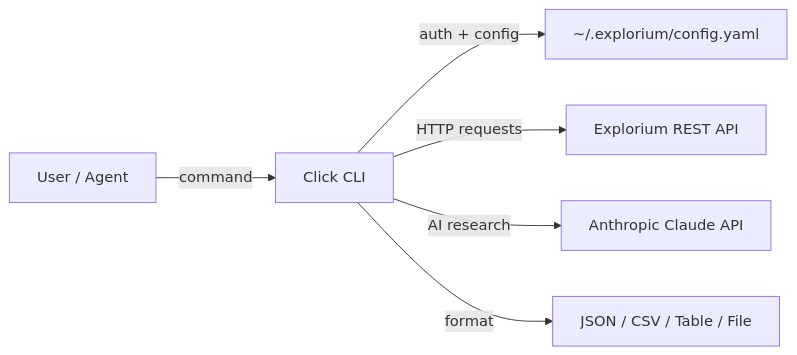
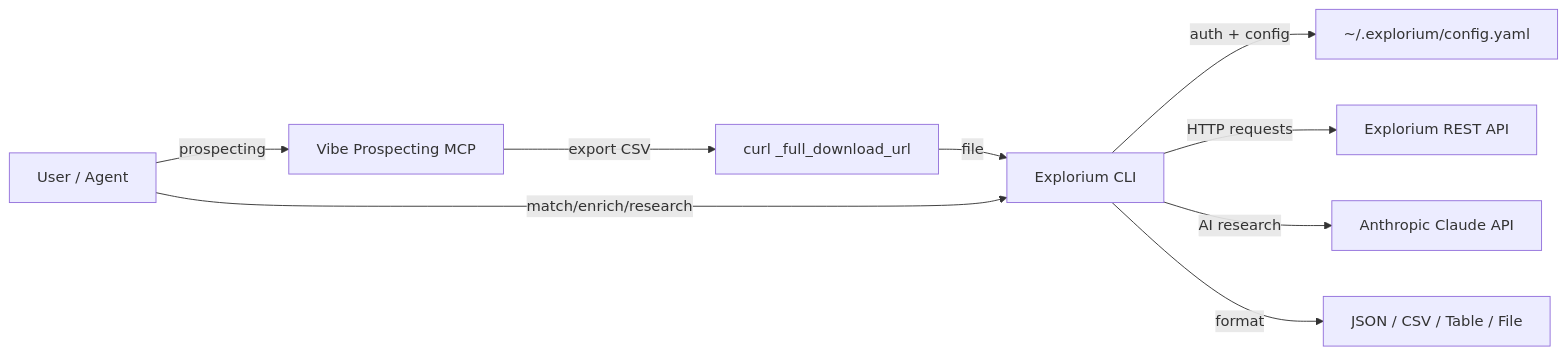
One commit to haroExplorium/explorium-cli changed the first of 2 diagrams in Project-Architecture.md. Above: the diagram before and after it, drawn with Mermaid. The commit also changed other lines of this file and 5 other files, not shown here.

First line of the commit message:
v1.4.8: Skill coexists with Vibe Prospecting MCP

````diff
--- a/Project-Architecture.md
+++ b/Project-Architecture.md
@@ -23,8 +23,11 @@
 ```mermaid
 graph LR
-    User[User / Agent] -->|command| CLI[Click CLI]
+    User[User / Agent] -->|prospecting| VP[Vibe Prospecting MCP]
+    VP -->|export CSV| Download[curl _full_download_url]
+    Download -->|file| CLI[Explorium CLI]
+    User -->|match/enrich/research| CLI
     CLI -->|auth + config| Config[~/.explorium/config.yaml]
     CLI -->|HTTP requests| API[Explorium REST API]
     CLI -->|AI research| Anthropic[Anthropic Claude API]
     CLI -->|format| Output[JSON / CSV / Table / File]
 ```
````
